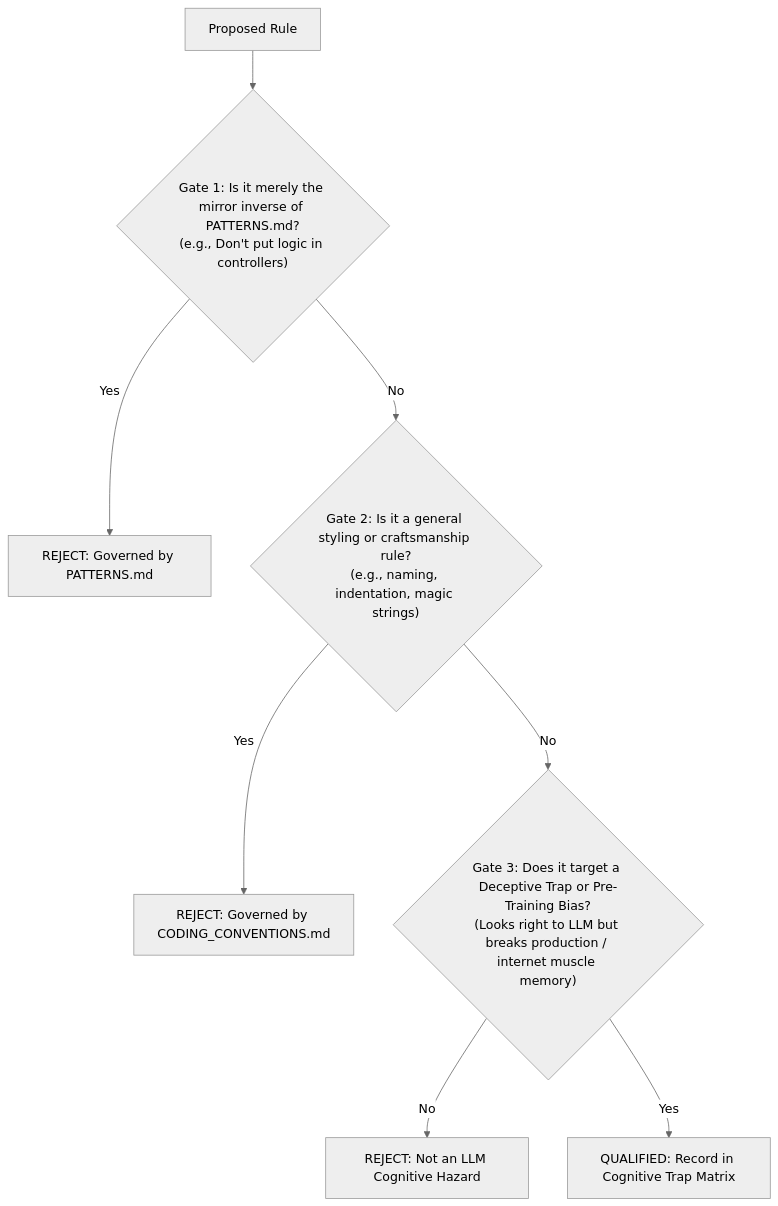
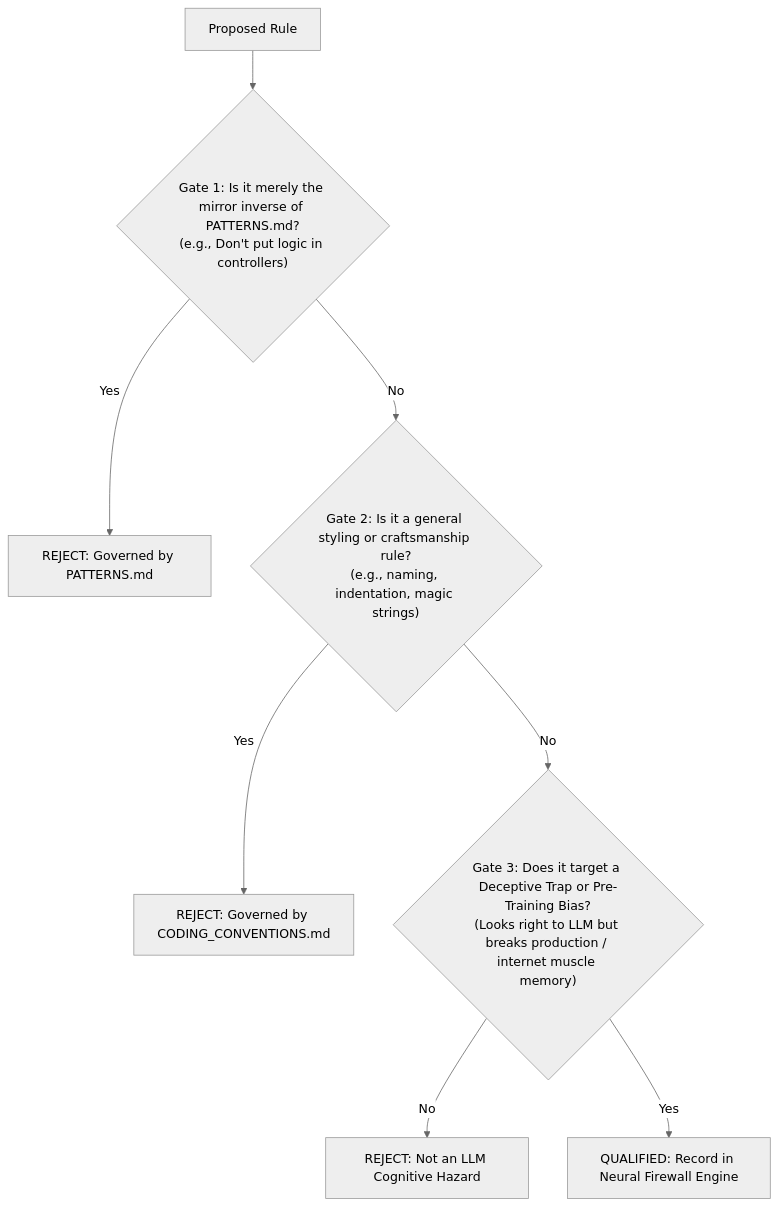
One commit to suang05/doc_template changed the diagram in docs/AI/ANTI-PATTERNS.md. Above: the diagram before and after it, drawn with Mermaid (neutral theme). The commit also changed other lines of this file and 1 other file, not shown here.

Commit message:
docs: add ANTI-PATTERNS.md to establish cognitive firewall and update AGENTS.md

````diff
--- a/docs/AI/ANTI-PATTERNS.md
+++ b/docs/AI/ANTI-PATTERNS.md
@@ -18,10 +18,10 @@
 ```mermaid
 graph TD
     A["Proposed Rule"] --> B{"Gate 1: Is it merely the mirror inverse of PATTERNS.md?<br/>(e.g., Don't put logic in controllers)"}
     B -- "Yes" --> C["REJECT: Governed by PATTERNS.md"]
     B -- "No" --> D{"Gate 2: Is it a general styling or craftsmanship rule?<br/>(e.g., naming, indentation, magic strings)"}
     D -- "Yes" --> E["REJECT: Governed by CODING_CONVENTIONS.md"]
     D -- "No" --> F{"Gate 3: Does it target a Deceptive Trap or Pre-Training Bias?<br/>(Looks right to LLM but breaks production / internet muscle memory)"}
     F -- "No" --> G["REJECT: Not an LLM Cognitive Hazard"]
-    F -- "Yes" --> H["QUALIFIED: Record in Cognitive Trap Matrix"]
+    F -- "Yes" --> H["QUALIFIED: Record in Neural Firewall Engine"]
 ```
````
